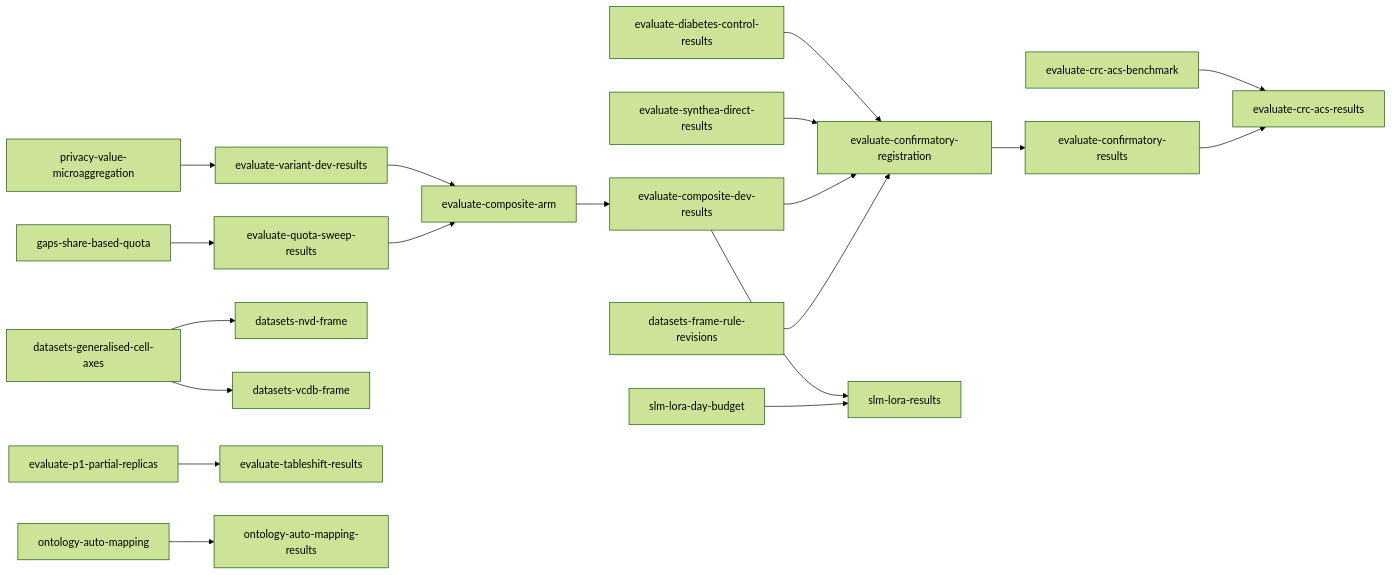
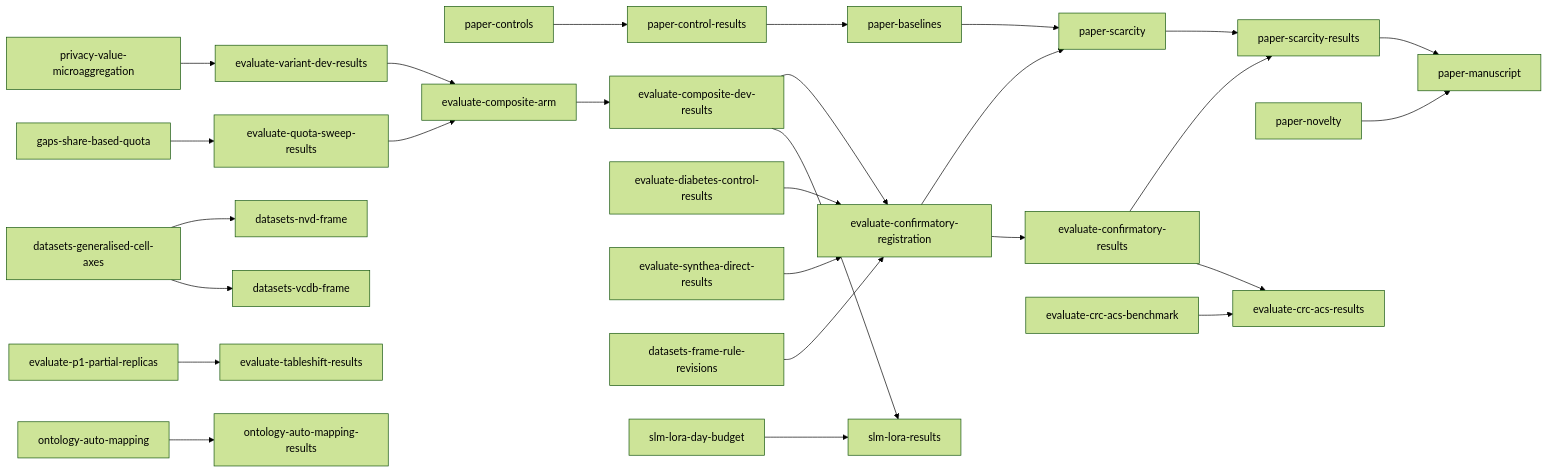
One commit to joe-dartmouth/synthetic changed the diagram in tasks/direct-index.md. Above: the diagram before and after it, drawn with Mermaid (forest theme). The commit also changed other lines of this file and 9 other files, not shown here.

````diff
--- a/tasks/direct-index.md
+++ b/tasks/direct-index.md
@@ -65,21 +84,29 @@
 ```mermaid
 flowchart LR
+    p1[paper-controls] --> p2[paper-control-results]
+    p2[paper-control-results] --> p3[paper-baselines]
+    u30[evaluate-confirmatory-registration] --> p4[paper-scarcity]
+    u31[evaluate-confirmatory-results] --> p5[paper-scarcity-results]
+    p3[paper-baselines] --> p4[paper-scarcity]
+    p4[paper-scarcity] --> p5[paper-scarcity-results]
+    p0[paper-novelty] --> p6[paper-manuscript]
+    p5[paper-scarcity-results] --> p6[paper-manuscript]
     u16[privacy-value-microaggregation] --> u19[evaluate-variant-dev-results]
     u20[gaps-share-based-quota] --> u21[evaluate-quota-sweep-results]
     u50[datasets-generalised-cell-axes] --> u52[datasets-nvd-frame]
     u50 --> u53[datasets-vcdb-frame]
     u19 --> u28[evaluate-composite-arm]
     u21 --> u28
     u28 --> u29[evaluate-composite-dev-results]
     u7[evaluate-diabetes-control-results] --> u30[evaluate-confirmatory-registration]
     u8[evaluate-synthea-direct-results] --> u30
     u29 --> u30
     u56[datasets-frame-rule-revisions] --> u30
     u30 --> u31[evaluate-confirmatory-results]
     u54[evaluate-p1-partial-replicas] --> u55[evaluate-tableshift-results]
     u41[evaluate-crc-acs-benchmark] --> u42[evaluate-crc-acs-results]
     u31 --> u42
     u32[ontology-auto-mapping] --> u33[ontology-auto-mapping-results]
     u29 --> u36[slm-lora-results]
     u51[slm-lora-day-budget] --> u36
 ```
````
